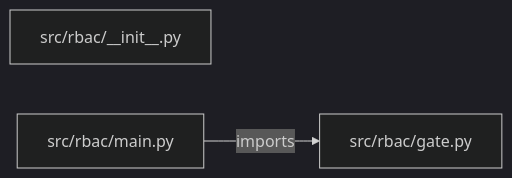
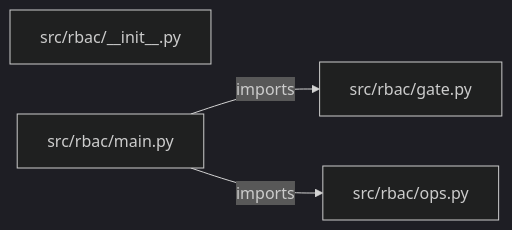
The diagram in PROJECT_ARCHITECTURE.md (iarsingh/authentication-rbac-api), drawn with Mermaid (dark theme) before and after one commit. The commit also changed other lines of this file and 2 other files, not shown here.

Commit message:
Refresh architecture and interview guides from current implementation

````diff
--- a/PROJECT_ARCHITECTURE.md
+++ b/PROJECT_ARCHITECTURE.md
@@ -13,7 +13,9 @@
 ```mermaid
 flowchart LR
     M0["src/rbac/__init__.py"]
     M1["src/rbac/gate.py"]
     M2["src/rbac/main.py"]
+    M3["src/rbac/ops.py"]
     M2 -->|imports| M1
+    M2 -->|imports| M3
 ```
````
